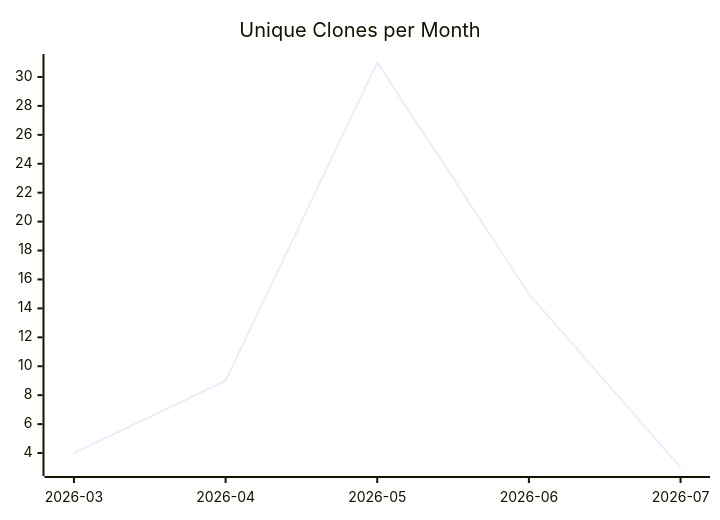
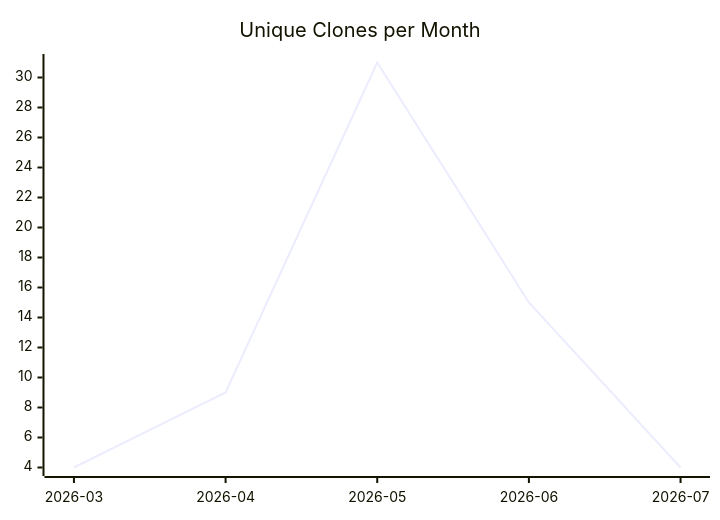
One commit to justdavis-family/github-analytics-data changed the third of 3 diagrams in karlmdavis/ansible-role-rcm-dotfiles/README.md. Above: the diagram before and after it, drawn with Mermaid. The commit also changed other lines of this file and 169 other files, not shown here.

````diff
--- a/karlmdavis/ansible-role-rcm-dotfiles/README.md
+++ b/karlmdavis/ansible-role-rcm-dotfiles/README.md
@@ -19,6 +19,6 @@
 ```mermaid
 xychart-beta
   title "Unique Clones per Month"
   x-axis ["2026-03", "2026-04", "2026-05", "2026-06", "2026-07"]
-  line [4, 9, 31, 15, 3]
+  line [4, 9, 31, 15, 4]
 ```
````
